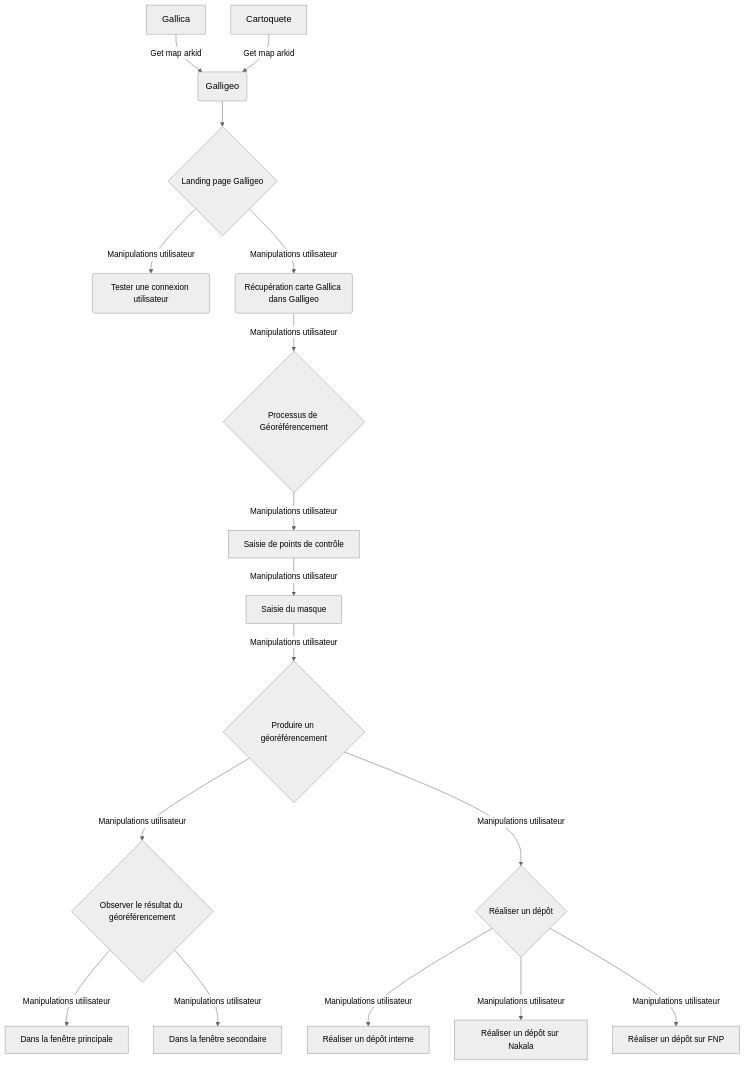
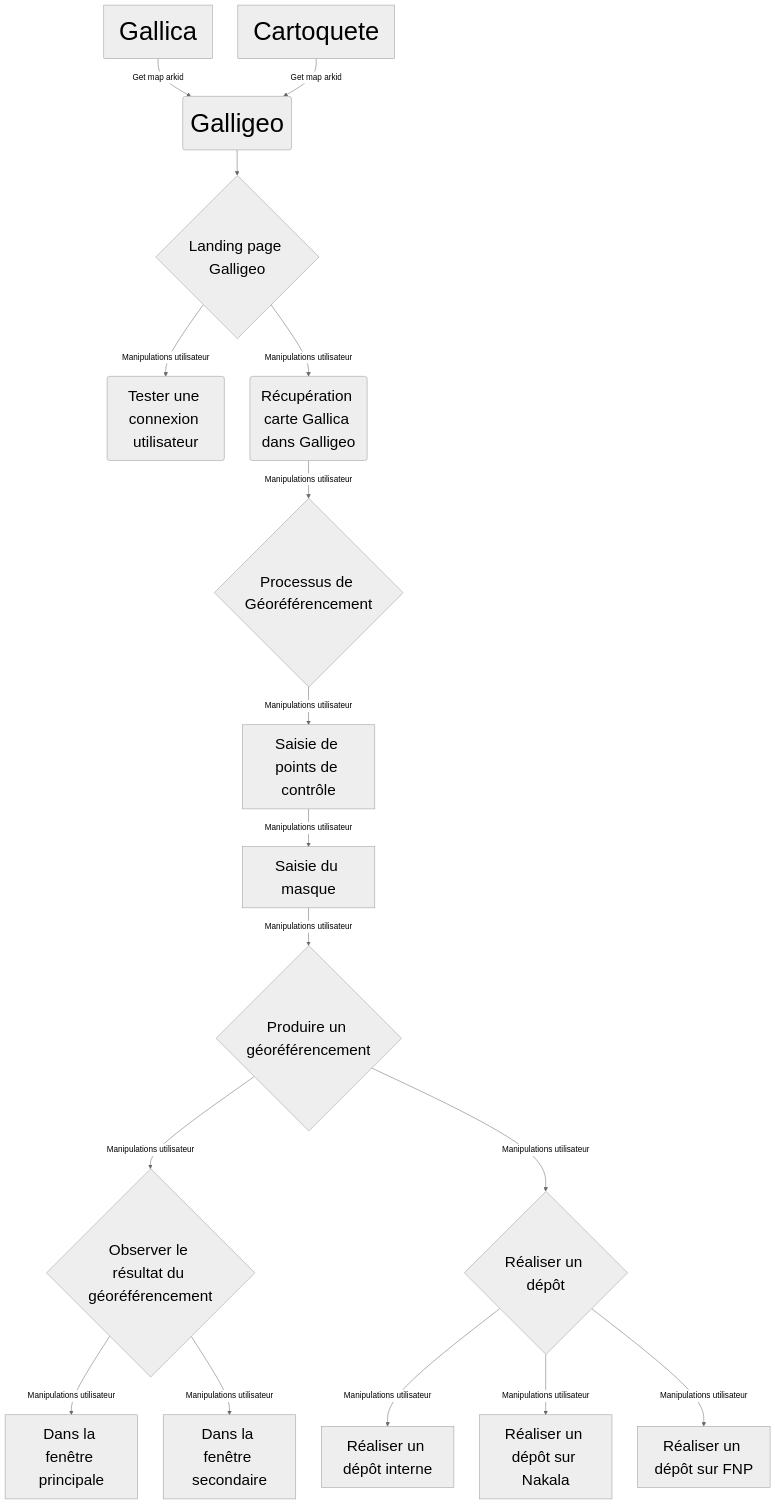
Before and after one commit to paristimemachine/galligeo: the diagram in PARCOURS_UTILISATEURS.md, drawn with Mermaid (neutral theme).

Commit message:
police sizes v2

````diff
--- a/PARCOURS_UTILISATEURS.md
+++ b/PARCOURS_UTILISATEURS.md
@@ -3,22 +3,37 @@
 ```mermaid
 flowchart TD
-    style A1 font-size:18px
-    style A2 font-size:18px
-    style B font-size:18px
+    style A1 font-size:50px
+    style A2 font-size:50px
+    style B font-size:50px
+    style C font-size:30px
+    style D1 font-size:30px
+    style D2 font-size:30px
+    style E font-size:30px
+    style F font-size:30px
+    style G font-size:30px
+    style H font-size:30px
+    style I font-size:30px
+    style H font-size:30px
+    style I1 font-size:30px
+    style I2 font-size:30px
+    style J font-size:30px
+    style K1 font-size:30px
+    style K2 font-size:30px
+    style K3 font-size:30px
     A1[Gallica] -->|Get map arkid| B(Galligeo)
     A2[Cartoquete] -->|Get map arkid| B(Galligeo)
     B --> C{Landing page Galligeo}
         C -->|Manipulations utilisateur| D1(Tester une connexion utilisateur)
         C -->|Manipulations utilisateur| D2(Récupération carte Gallica dans Galligeo)
         D2 -->|Manipulations utilisateur| E{Processus de Géoréférencement}
         E -->|Manipulations utilisateur| F[Saisie de points de contrôle]
         F -->|Manipulations utilisateur| G[Saisie du masque]
         G -->|Manipulations utilisateur| H{Produire un géoréférencement}
         H -->|Manipulations utilisateur| I{Observer le résultat du géoréférencement}
             I -->|Manipulations utilisateur| I1[Dans la fenêtre principale]
             I -->|Manipulations utilisateur| I2[Dans la fenêtre secondaire]
         H -->|Manipulations utilisateur| J{Réaliser un dépôt}
             J -->|Manipulations utilisateur| K1[Réaliser un dépôt interne]
             J -->|Manipulations utilisateur| K2[Réaliser un dépôt sur Nakala]
             J -->|Manipulations utilisateur| K3[Réaliser un dépôt sur FNP]
 ```
````
